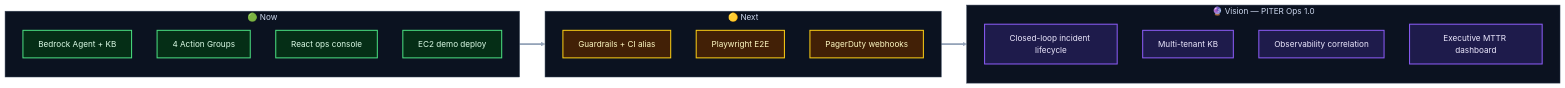
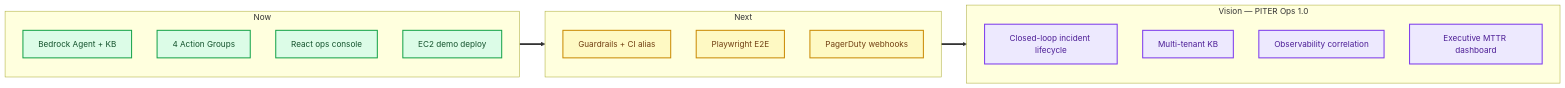
One commit to reem-mor/ai-engineering-portfolio changed the fifth of 5 diagrams in projects/piter-aiops/README.md. Above: the diagram before and after it, drawn with Mermaid. The commit also changed other lines of this file and 1 other file, not shown here.

````diff
--- a/projects/piter-aiops/README.md
+++ b/projects/piter-aiops/README.md
@@ -803,29 +533,28 @@
 ```mermaid
-%%{init: {'theme':'base','themeVariables':{'primaryColor':'#0b1220','primaryTextColor':'#e2e8f0','primaryBorderColor':'#22d3ee','lineColor':'#94a3b8','clusterBkg':'#0b1220','clusterBorder':'#334155'}}}%%
 flowchart LR
-  subgraph now ["🟢 Now"]
-    A1["Bedrock Agent + KB"]
-    A2["4 Action Groups"]
-    A3["React ops console"]
-    A4["EC2 demo deploy"]
+  subgraph now [Now]
+    A1[Bedrock Agent + KB]
+    A2[4 Action Groups]
+    A3[React ops console]
+    A4[EC2 demo deploy]
   end
-  subgraph next ["🟡 Next"]
-    B1["Guardrails + CI alias"]
-    B2["Playwright E2E"]
-    B3["PagerDuty webhooks"]
+  subgraph next [Next]
+    B1[Guardrails + CI alias]
+    B2[Playwright E2E]
+    B3[PagerDuty webhooks]
   end
-  subgraph vision ["🔮 Vision — PITER Ops 1.0"]
-    C1["Closed-loop incident lifecycle"]
-    C2["Multi-tenant KB"]
-    C3["Observability correlation"]
-    C4["Executive MTTR dashboard"]
+  subgraph vision [Vision — PITER Ops 1.0]
+    C1[Closed-loop incident lifecycle]
+    C2[Multi-tenant KB]
+    C3[Observability correlation]
+    C4[Executive MTTR dashboard]
   end
   now ==> next ==> vision
 
-  classDef nowStyle fill:#052e16,stroke:#4ade80,stroke-width:2px,color:#dcfce7
-  classDef nextStyle fill:#422006,stroke:#facc15,stroke-width:2px,color:#fef9c3
-  classDef visionStyle fill:#1e1b4b,stroke:#8b5cf6,stroke-width:2px,color:#ede9fe
+  classDef nowStyle fill:#dcfce7,stroke:#16a34a,stroke-width:2px,color:#14532d
+  classDef nextStyle fill:#fef9c3,stroke:#ca8a04,stroke-width:2px,color:#713f12
+  classDef visionStyle fill:#ede9fe,stroke:#7c3aed,stroke-width:2px,color:#4c1d95
   class A1,A2,A3,A4 nowStyle
   class B1,B2,B3 nextStyle
   class C1,C2,C3,C4 visionStyle
 ```
````
